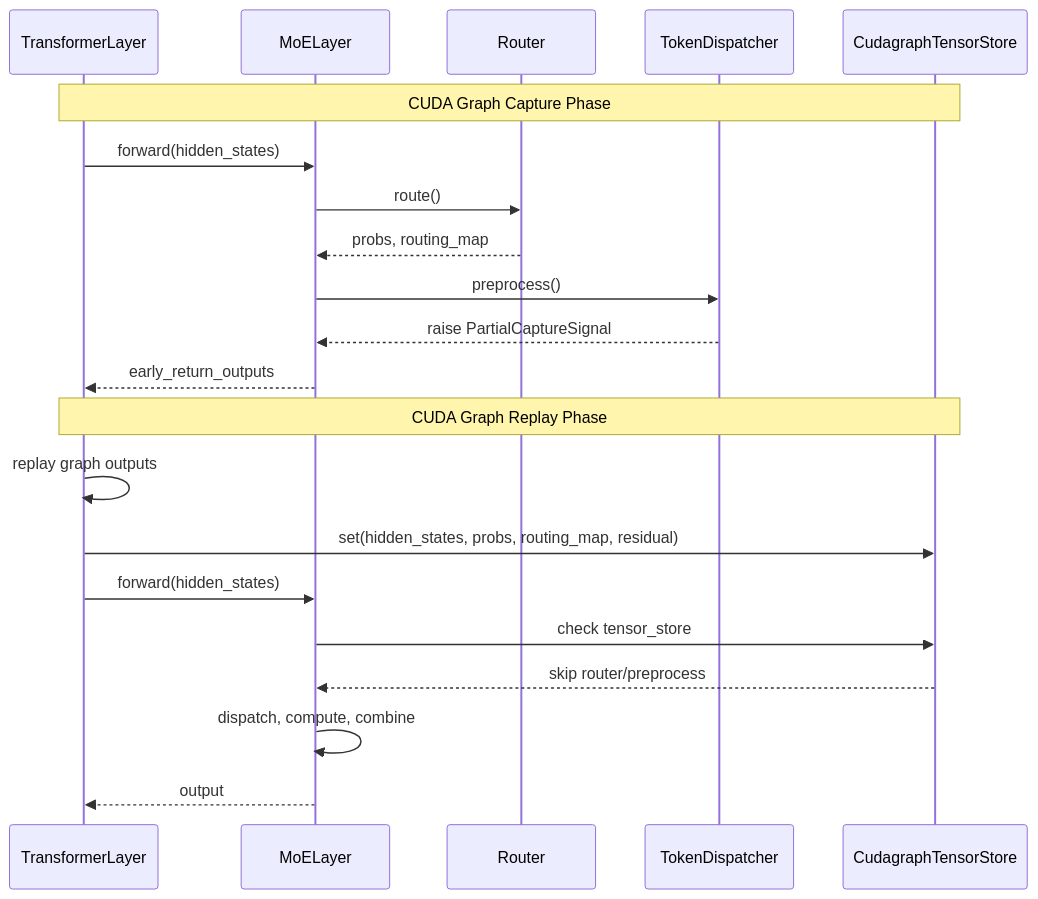
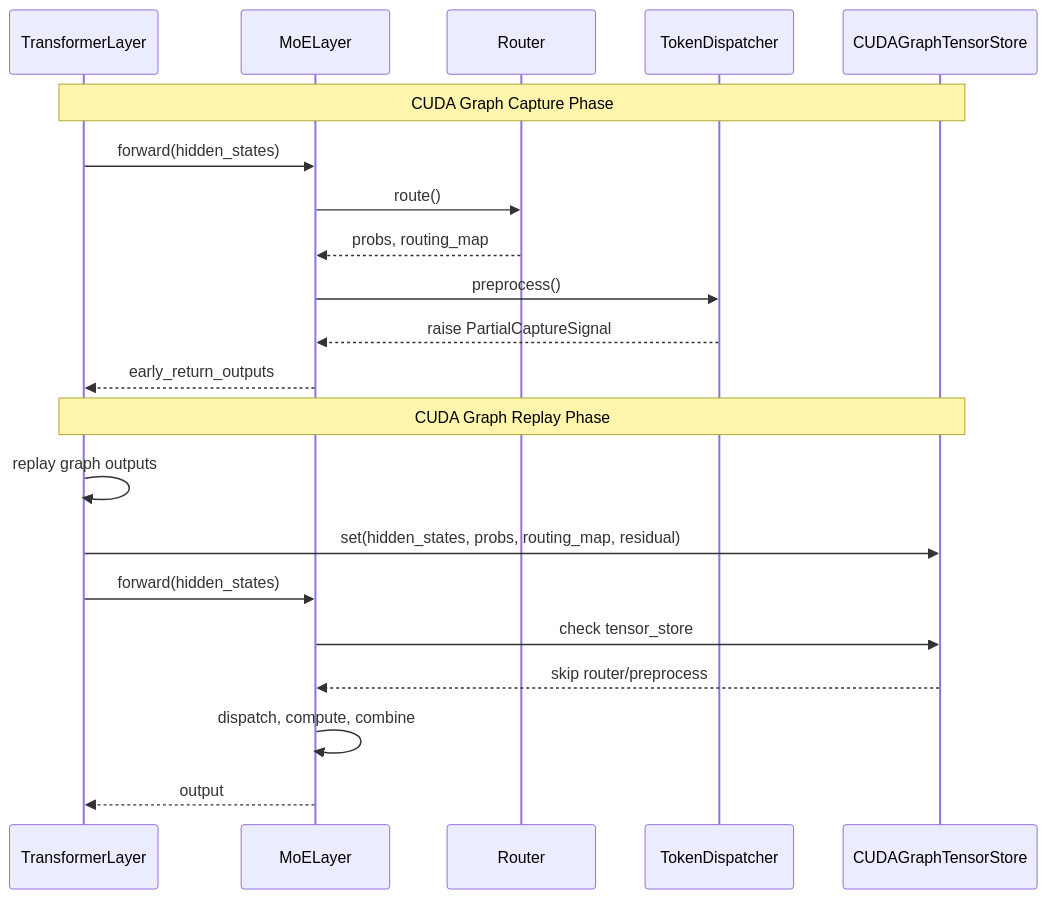
One commit to magic3007/blog changed the diagram in _posts/2025-12-30-training-cuda-graph-partial.md. Above: the diagram before and after it, drawn with Mermaid. The commit also changed other lines of this file, not shown here.

Commit message:
Refine CUDA Graph training article for clarity and accuracy. Updated terminology and formatting for better readability, emphasizing the benefits and limitations of CUDA Graph in MoE model training. Enhanced explanations of implementation strategies and microbatch reuse scenarios.

````diff
--- a/_posts/2025-12-30-training-cuda-graph-partial.md
+++ b/_posts/2025-12-30-training-cuda-graph-partial.md
@@ -492,25 +492,25 @@
 ```mermaid
 sequenceDiagram
     participant TL as TransformerLayer
     participant MoE as MoELayer
     participant Router as Router
     participant Dispatcher as TokenDispatcher
-    participant Store as CudagraphTensorStore
+    participant Store as CUDAGraphTensorStore
 
     Note over TL,Store: CUDA Graph Capture Phase
     TL->>MoE: forward(hidden_states)
     MoE->>Router: route()
     Router-->>MoE: probs, routing_map
     MoE->>Dispatcher: preprocess()
     Dispatcher-->>MoE: raise PartialCaptureSignal
     MoE-->>TL: early_return_outputs
 
     Note over TL,Store: CUDA Graph Replay Phase
     TL->>TL: replay graph outputs
     TL->>Store: set(hidden_states, probs, routing_map, residual)
     TL->>MoE: forward(hidden_states)
     MoE->>Store: check tensor_store
     Store-->>MoE: skip router/preprocess
     MoE->>MoE: dispatch, compute, combine
     MoE-->>TL: output
 ```
````
